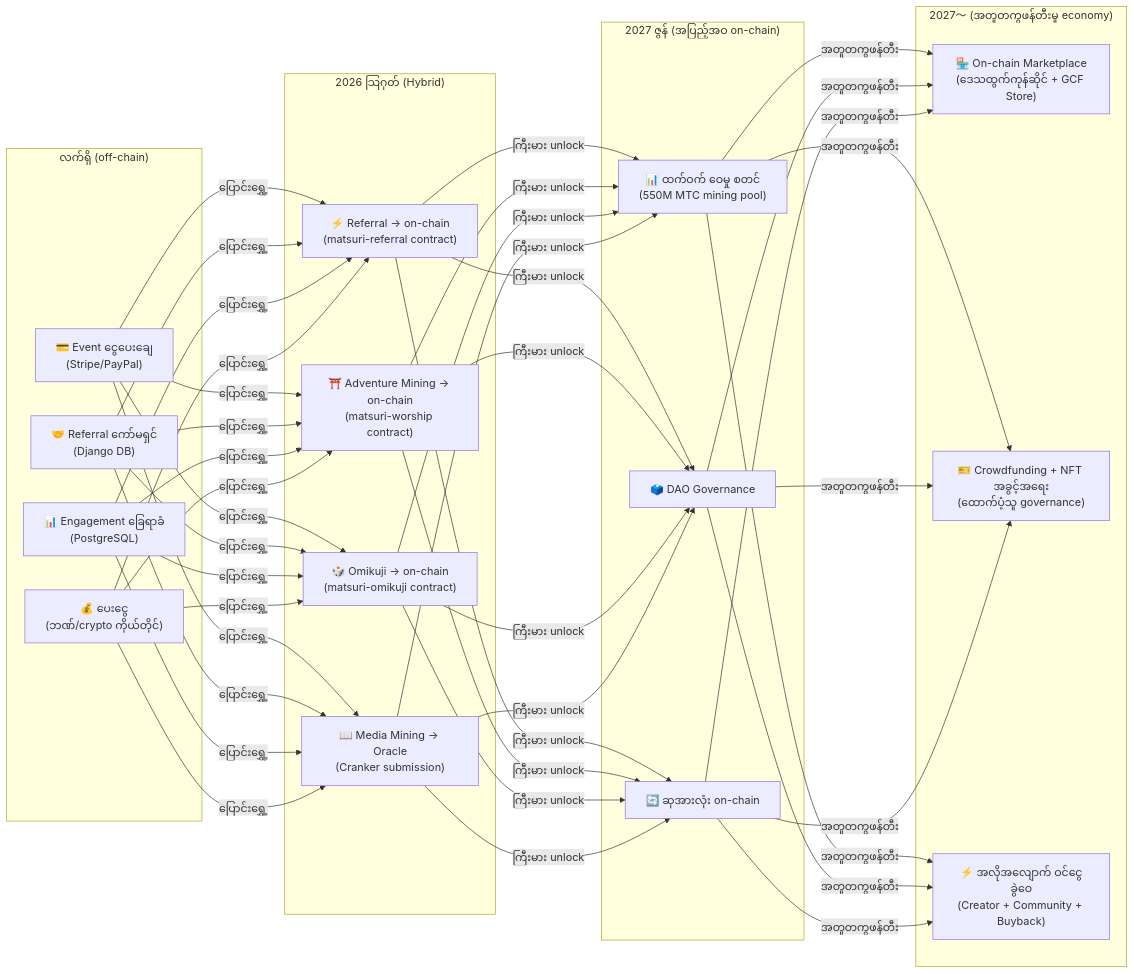
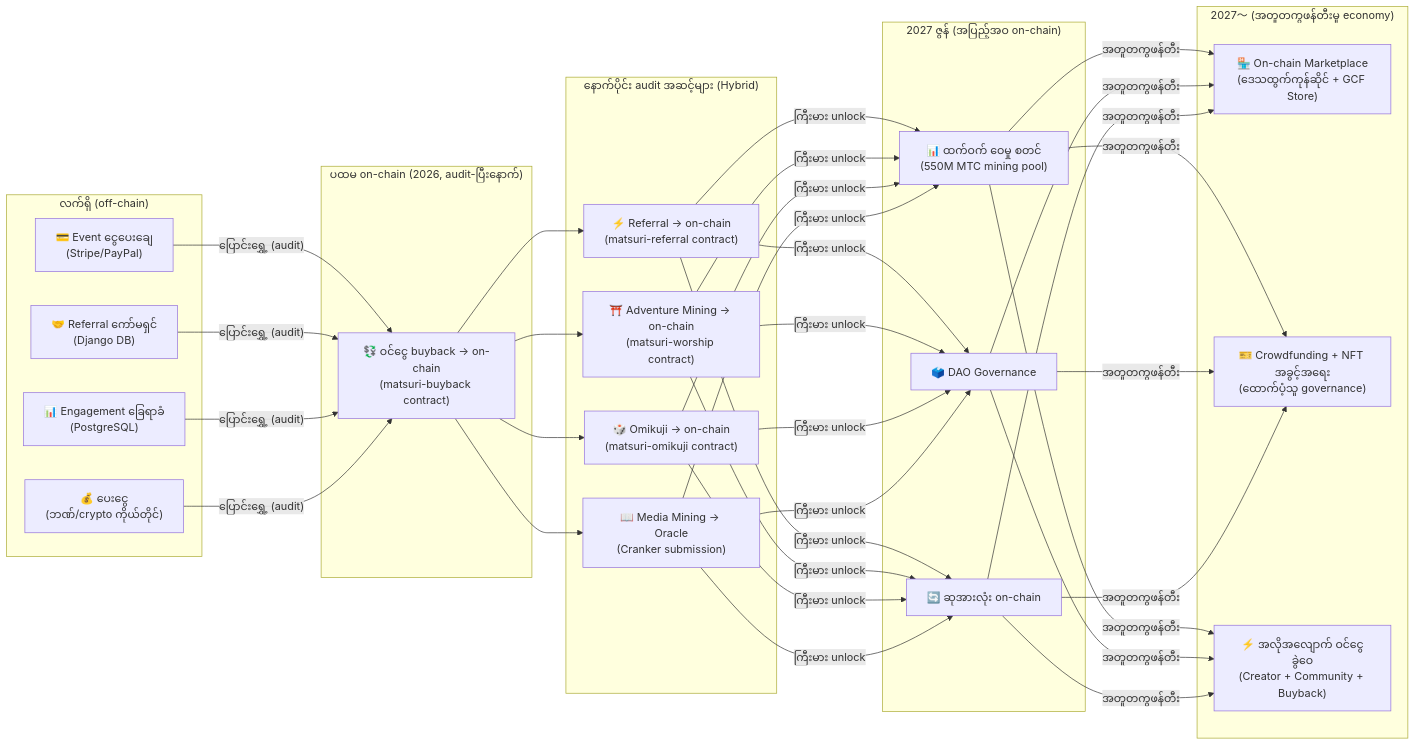
The fourth of 4 diagrams in i18n/my/docusaurus-plugin-content-docs/current/04-mining.md (Cootakahashi/matsuri-dao-whitepaper), drawn with Mermaid before and after one commit. The commit also changed other lines of this file and 79 other files, not shown here.

First line of the commit message:
docs: re-sequence on-chain roadmap to match the staged Hashlock audit (20 locales)

````diff
--- a/i18n/my/docusaurus-plugin-content-docs/current/04-mining.md
+++ b/i18n/my/docusaurus-plugin-content-docs/current/04-mining.md
@@ -334,28 +344,32 @@
 ```mermaid
 graph LR
     subgraph "လက်ရှိ (off-chain)"
         O1["💳 Event ငွေပေးချေ\n(Stripe/PayPal)"]
         O2["🤝 Referral ကော်မရှင်\n(Django DB)"]
         O3["📊 Engagement ခြေရာခံ\n(PostgreSQL)"]
         O4["💰 ပေးငွေ\n(ဘဏ်/crypto ကိုယ်တိုင်)"]
     end
-    subgraph "2026 သြဂုတ် (Hybrid)"
+    subgraph "ပထမ on-chain (2026, audit-ပြီးနောက်)"
+        H0["💱 ဝင်ငွေ buyback → on-chain\n(matsuri-buyback contract)"]
+    end
+    subgraph "နောက်ပိုင်း audit အဆင့်များ (Hybrid)"
         H1["⚡ Referral → on-chain\n(matsuri-referral contract)"]
         H2["⛩️ Adventure Mining → on-chain\n(matsuri-worship contract)"]
         H3["🎲 Omikuji → on-chain\n(matsuri-omikuji contract)"]
         H4["📖 Media Mining → Oracle\n(Cranker submission)"]
     end
     subgraph "2027 ဇွန် (အပြည့်အဝ on-chain)"
         F1["📊 ထက်ဝက် ဝေမှု စတင်\n(550M MTC mining pool)"]
         F2["🗳️ DAO Governance"]
         F3["🔄 ဆုအားလုံး on-chain"]
     end
     subgraph "2027〜 (အတူတကွဖန်တီးမှု economy)"
         G1["🏪 On-chain Marketplace\n(ဒေသထွက်ကုန်ဆိုင် + GCF Store)"]
         G2["🎫 Crowdfunding + NFT အခွင့်အရေး\n(ထောက်ပံ့သူ governance)"]
         G3["⚡ အလိုအလျောက် ဝင်ငွေခွဲဝေ\n(Creator + Community + Buyback)"]
     end
-    O1 & O2 & O3 & O4 -->|"ပြောင်းရွှေ့"| H1 & H2 & H3 & H4
+    O1 & O2 & O3 & O4 -->|"ပြောင်းရွှေ့ (audit)"| H0
+    H0 --> H1 & H2 & H3 & H4
     H1 & H2 & H3 & H4 -->|"ကြီးမား unlock"| F1 & F2 & F3
     F1 & F2 & F3 -->|"အတူတကွဖန်တီး"| G1 & G2 & G3
 ```
````
